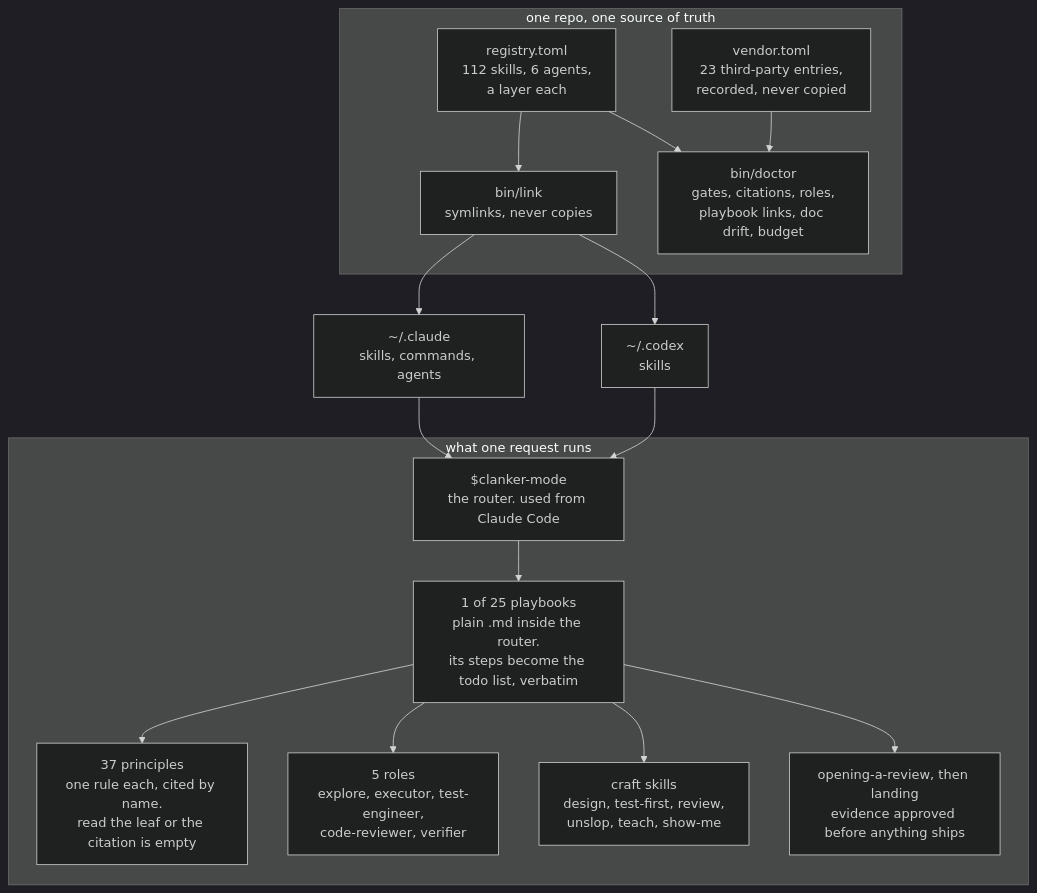
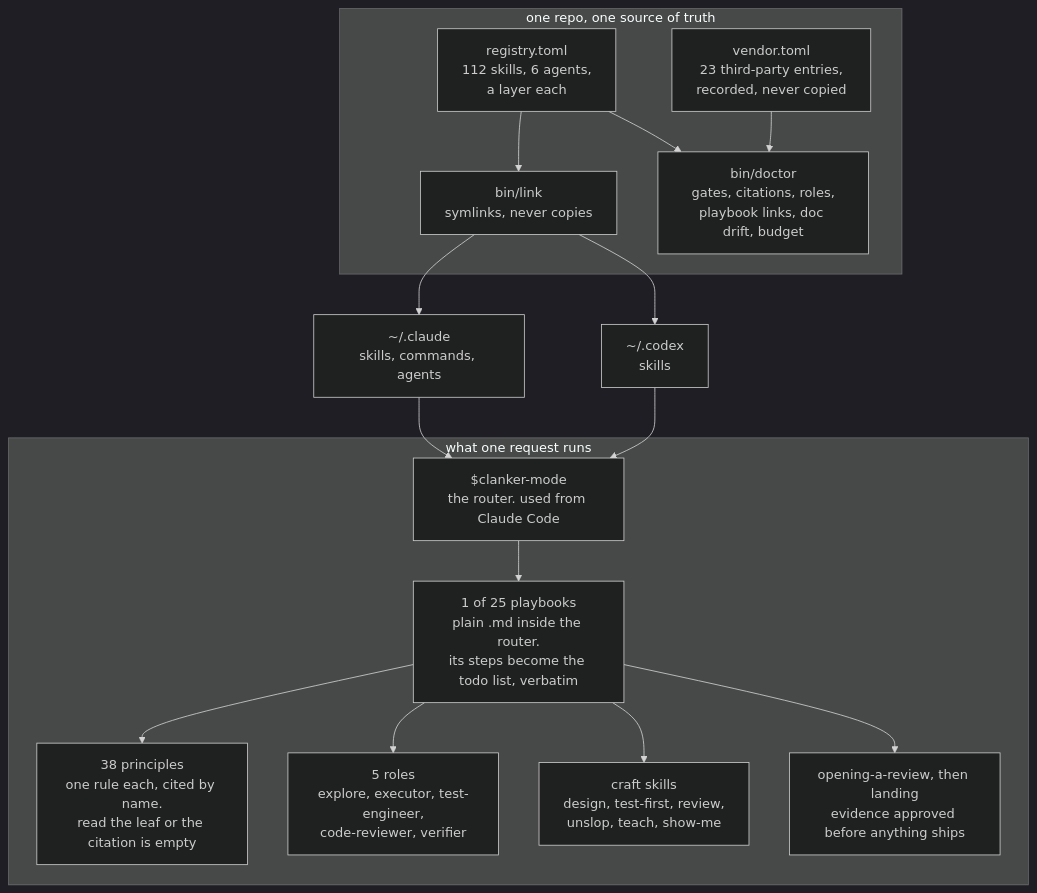
One commit to daryl-tg/deez-skills changed the diagram in README.md. Above: the diagram before and after it, drawn with Mermaid (dark theme). The commit also changed other lines of this file and 13 other files, not shown here.

````diff
--- a/README.md
+++ b/README.md
@@ -11,34 +11,34 @@
 ```mermaid
 flowchart TB
   subgraph hub["one repo, one source of truth"]
     reg["registry.toml<br/>112 skills, 6 agents,<br/>a layer each"]
     ven["vendor.toml<br/>23 third-party entries,<br/>recorded, never copied"]
     lnk["bin/link<br/>symlinks, never copies"]
     doc["bin/doctor<br/>gates, citations, roles,<br/>playbook links, doc drift, budget"]
     reg --> lnk
     reg --> doc
     ven --> doc
   end
 
   cc["~/.claude<br/>skills, commands, agents"]
   cx["~/.codex<br/>skills"]
 
   subgraph work["what one request runs"]
     router["$clanker-mode<br/>the router. used from Claude Code"]
     pb["1 of 25 playbooks<br/>plain .md inside the router.<br/>its steps become the todo list, verbatim"]
-    prin["37 principles<br/>one rule each, cited by name.<br/>read the leaf or the citation is empty"]
+    prin["38 principles<br/>one rule each, cited by name.<br/>read the leaf or the citation is empty"]
     role["5 roles<br/>explore, executor, test-engineer,<br/>code-reviewer, verifier"]
     craft["craft skills<br/>design, test-first, review,<br/>unslop, teach, show-me"]
     ship["opening-a-review, then landing<br/>evidence approved before anything ships"]
     router --> pb
     pb --> prin
     pb --> role
     pb --> craft
     pb --> ship
   end
 
   lnk --> cc
   lnk --> cx
   cc --> router
   cx --> router
 ```
````
